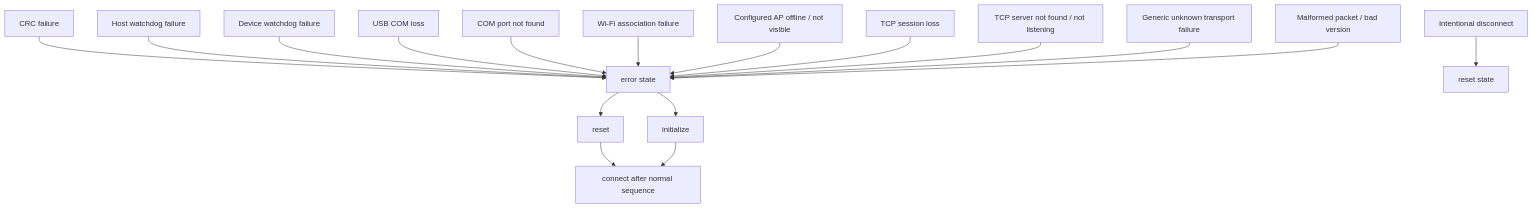
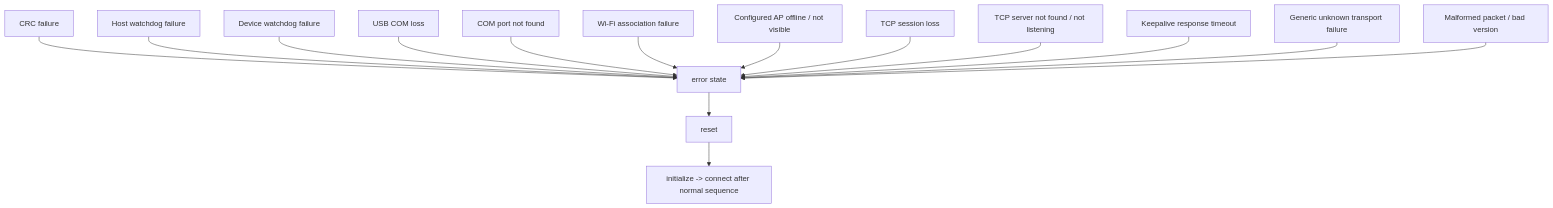
The diagram in docs/architecture/failure_modes.mmd (eyalglotman-collab/Gaggia_ESP-C3-Mini_Server_and_simulator_and_communication_Interface), drawn with Mermaid before and after one commit. The commit also changed 18 other files, not shown here.

```diff
--- a/docs/architecture/failure_modes.mmd
+++ b/docs/architecture/failure_modes.mmd
@@ -1,18 +1,16 @@
 flowchart TD
     CRC["CRC failure"] --> ERR["error state"]
     HOST["Host watchdog failure"] --> ERR
     DEV["Device watchdog failure"] --> ERR
     USB["USB COM loss"] --> ERR
     COMCFG["COM port not found"] --> ERR
     WIFI["Wi-Fi association failure"] --> ERR
     WIFIOFF["Configured AP offline / not visible"] --> ERR
     TCP["TCP session loss"] --> ERR
     TCPNF["TCP server not found / not listening"] --> ERR
+    KAT["Keepalive response timeout"] --> ERR
     GEN["Generic unknown transport failure"] --> ERR
     MAL["Malformed packet / bad version"] --> ERR
-    DISC["Intentional disconnect"] --> RESET["reset state"]
 
     ERR --> HARD["reset"]
-    ERR --> SOFT["initialize"]
-    HARD --> CONN["connect after normal sequence"]
-    SOFT --> CONN
+    HARD --> CONN["initialize -> connect after normal sequence"]
```
